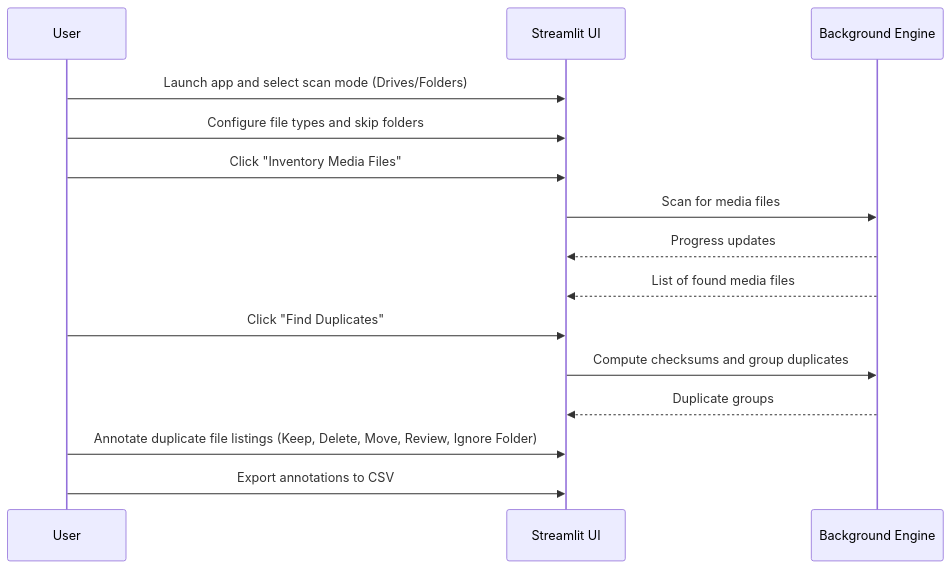
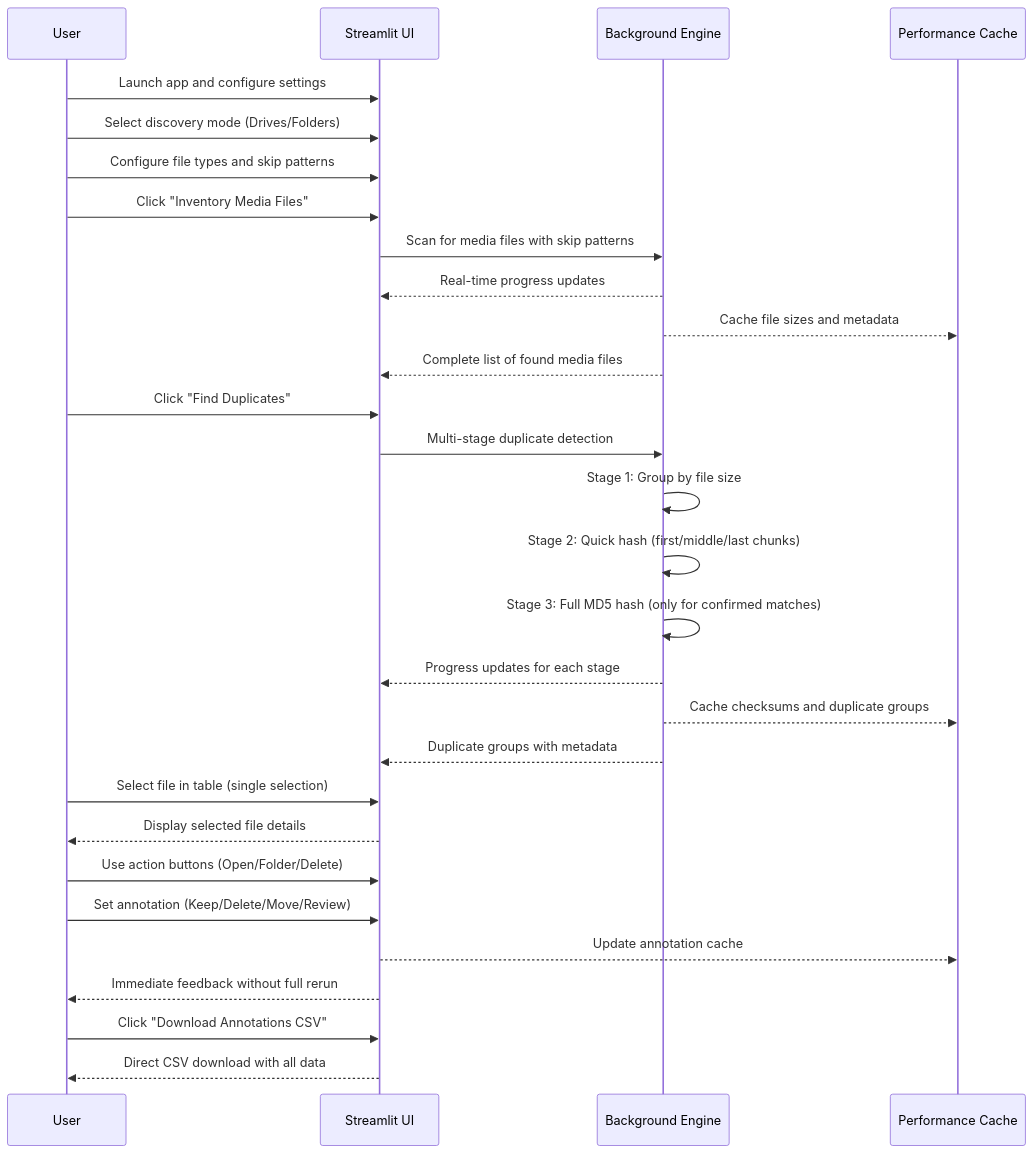
One commit to dstaulcu/duplicate_media_finder changed the diagram in README.md. Above: the diagram before and after it, drawn with Mermaid. The commit also changed other lines of this file and 3 other files, not shown here.

Commit message:
improved support for multiple drives, performance & ux improvements

````diff
--- a/README.md
+++ b/README.md
@@ -39,17 +120,35 @@
 ```mermaid
 sequenceDiagram
     participant User
     participant UI as Streamlit UI
     participant Engine as Background Engine
-    User->>UI: Launch app and select scan mode (Drives/Folders)
-    User->>UI: Configure file types and skip folders
+    participant Cache as Performance Cache
+    
+    User->>UI: Launch app and configure settings
+    User->>UI: Select discovery mode (Drives/Folders)
+    User->>UI: Configure file types and skip patterns
     User->>UI: Click "Inventory Media Files"
-    UI->>Engine: Scan for media files
-    Engine-->>UI: Progress updates
-    Engine-->>UI: List of found media files
+    UI->>Engine: Scan for media files with skip patterns
+    Engine-->>UI: Real-time progress updates
+    Engine-->>Cache: Cache file sizes and metadata
+    Engine-->>UI: Complete list of found media files
+    
     User->>UI: Click "Find Duplicates"
-    UI->>Engine: Compute checksums and group duplicates
-    Engine-->>UI: Duplicate groups
-    User->>UI: Annotate duplicate file listings (Keep, Delete, Move, Review, Ignore Folder)
-    User->>UI: Export annotations to CSV
+    UI->>Engine: Multi-stage duplicate detection
+    Engine->>Engine: Stage 1: Group by file size
+    Engine->>Engine: Stage 2: Quick hash (first/middle/last chunks)
+    Engine->>Engine: Stage 3: Full MD5 hash (only for confirmed matches)
+    Engine-->>UI: Progress updates for each stage
+    Engine-->>Cache: Cache checksums and duplicate groups
+    Engine-->>UI: Duplicate groups with metadata
+    
+    User->>UI: Select file in table (single selection)
+    UI-->>User: Display selected file details
+    User->>UI: Use action buttons (Open/Folder/Delete)
+    User->>UI: Set annotation (Keep/Delete/Move/Review)
+    UI-->>Cache: Update annotation cache
+    UI-->>User: Immediate feedback without full rerun
+    
+    User->>UI: Click "Download Annotations CSV"
+    UI-->>User: Direct CSV download with all data
 ```
````
